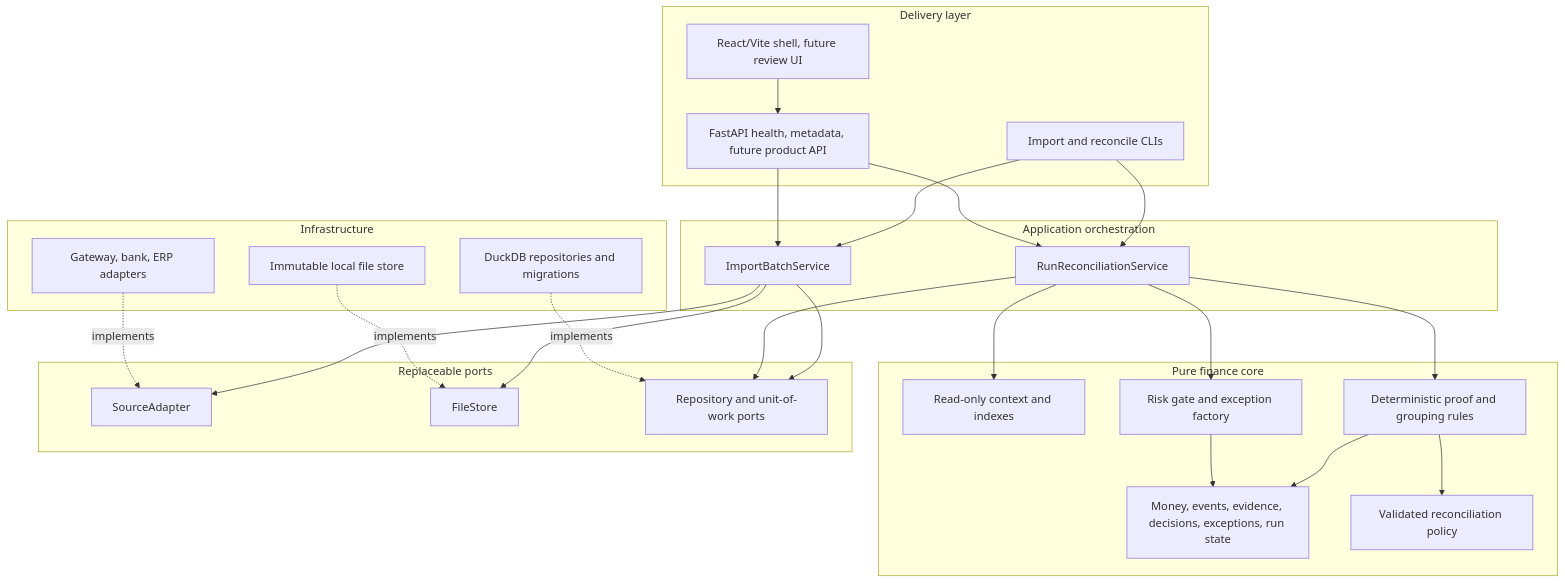
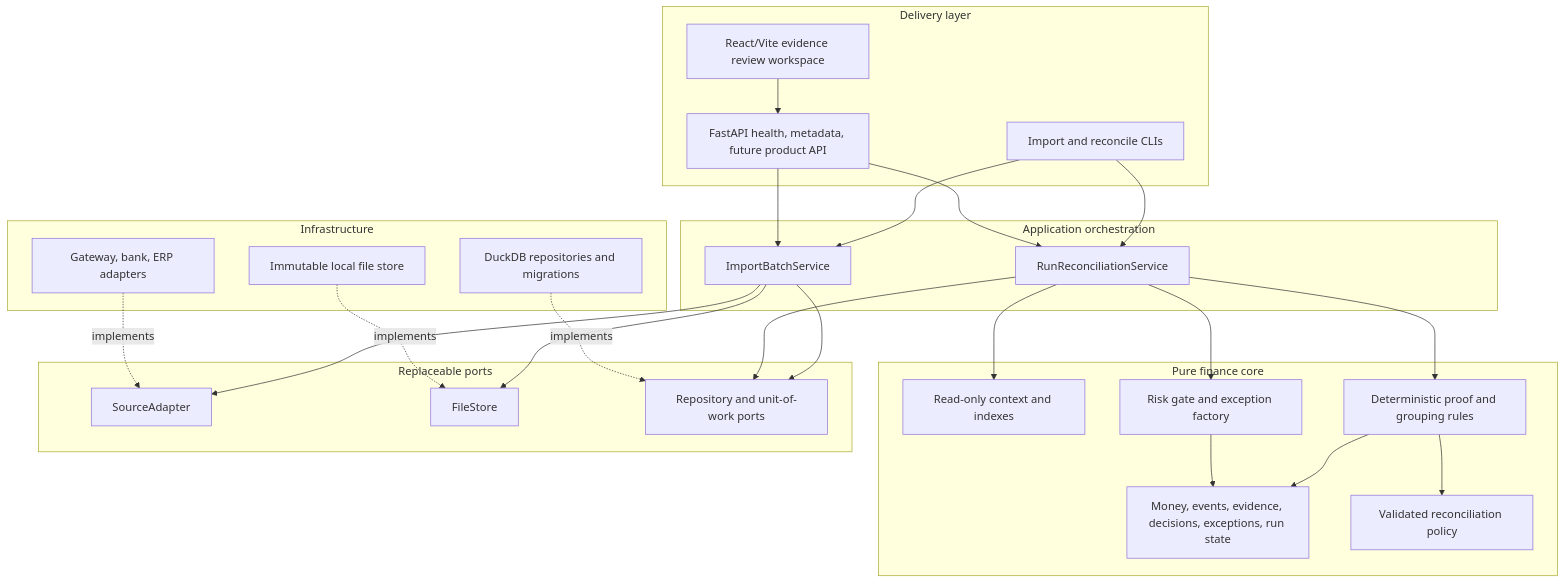
One commit to chknaren6/VeriClose changed the fifth of 11 diagrams in IMPLEMENTATION_REPORT.md. Above: the diagram before and after it, drawn with Mermaid. The commit also changed other lines of this file and 33 other files, not shown here.

````diff
--- a/IMPLEMENTATION_REPORT.md
+++ b/IMPLEMENTATION_REPORT.md
@@ -362,52 +398,52 @@
 ```mermaid
 flowchart TB
     subgraph Delivery[Delivery layer]
         CLI[Import and reconcile CLIs]
         API[FastAPI health, metadata, future product API]
-        WEB[React/Vite shell, future review UI]
+        WEB[React/Vite evidence review workspace]
     end
 
     subgraph Application[Application orchestration]
         IMPORT[ImportBatchService]
         CLOSE[RunReconciliationService]
     end
 
     subgraph Core[Pure finance core]
         DOMAIN[Money, events, evidence, decisions, exceptions, run state]
         POLICY[Validated reconciliation policy]
         CONTEXT[Read-only context and indexes]
         RULES[Deterministic proof and grouping rules]
         GATE[Risk gate and exception factory]
     end
 
     subgraph Ports[Replaceable ports]
         ADAPTER_PORT[SourceAdapter]
         FILE_PORT[FileStore]
         REPO_PORT[Repository and unit-of-work ports]
     end
 
     subgraph Infrastructure[Infrastructure]
         ADAPTERS[Gateway, bank, ERP adapters]
         FILES[Immutable local file store]
         DB[DuckDB repositories and migrations]
     end
 
     CLI --> IMPORT
     CLI --> CLOSE
     API --> IMPORT
     API --> CLOSE
     WEB --> API
     IMPORT --> ADAPTER_PORT
     IMPORT --> FILE_PORT
     IMPORT --> REPO_PORT
     CLOSE --> CONTEXT
     CLOSE --> RULES
     RULES --> POLICY
     RULES --> DOMAIN
     CLOSE --> GATE
     GATE --> DOMAIN
     CLOSE --> REPO_PORT
     ADAPTERS -. implements .-> ADAPTER_PORT
     FILES -. implements .-> FILE_PORT
     DB -. implements .-> REPO_PORT
 ```
````
